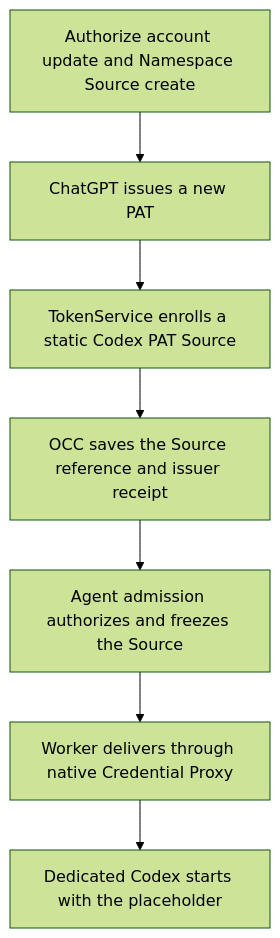
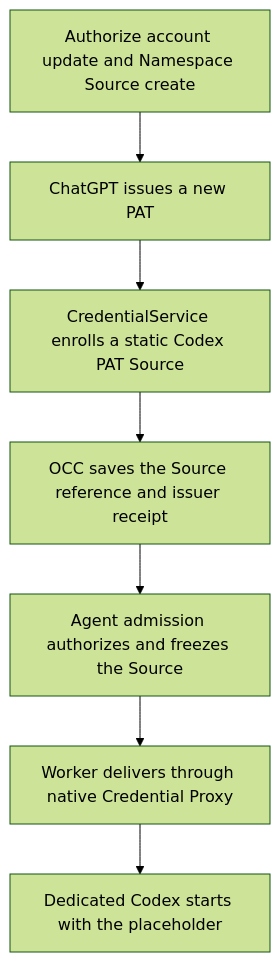
Before and after one commit to openclaw/openclaw-enterprise: the diagram in docs/flows/service-account-driver-credential-delivery.md, drawn with Mermaid (forest theme). The commit also changed other lines of this file and 418 other files, not shown here.

Commit message:
Rename credential custody owner to CredentialService

````diff
--- a/docs/flows/service-account-driver-credential-delivery.md
+++ b/docs/flows/service-account-driver-credential-delivery.md
@@ -22,9 +22,9 @@
 ```mermaid
 flowchart TD
   A["Authorize account update and Namespace Source create"] --> B["ChatGPT issues a new PAT"]
-  B --> C["TokenService enrolls a static Codex PAT Source"]
+  B --> C["CredentialService enrolls a static Codex PAT Source"]
   C --> D["OCC saves the Source reference and issuer receipt"]
   D --> E["Agent admission authorizes and freezes the Source"]
   E --> F["Worker delivers through native Credential Proxy"]
   F --> G["Dedicated Codex starts with the placeholder"]
 ```
````
